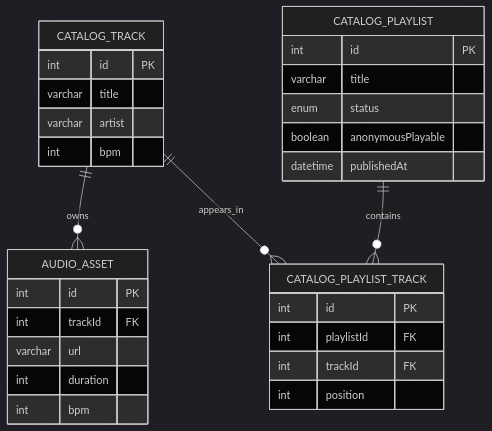
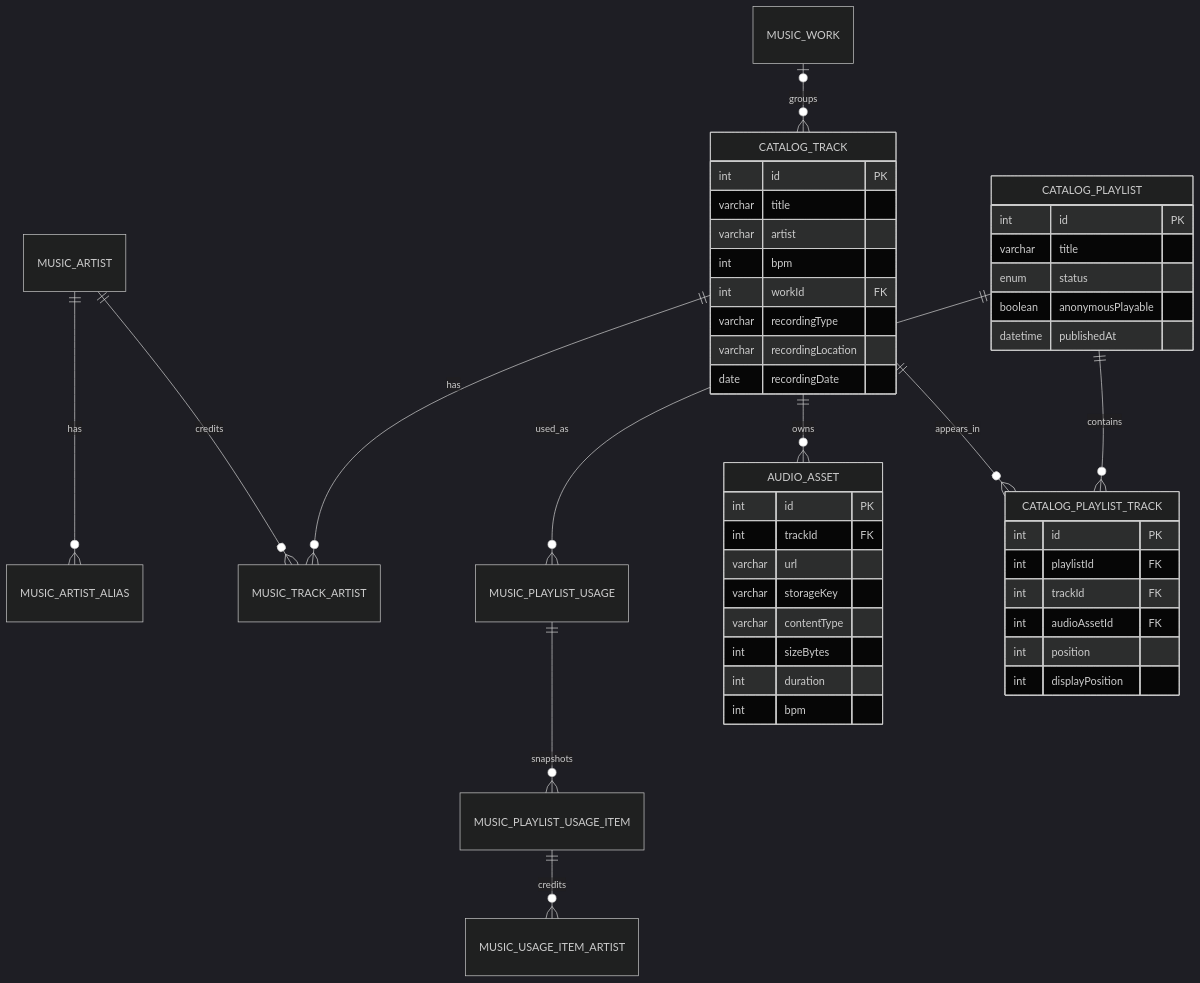
Before and after one commit to jang4292/backend_nestJs: the second of 3 diagrams in docs/music/architecture.kr.md, drawn with Mermaid (dark theme). The commit also changed other lines of this file and 64 other files, not shown here.

Commit message:
docs(music): synchronize catalog and playback guides

````diff
--- a/docs/music/architecture.kr.md
+++ b/docs/music/architecture.kr.md
@@ -26,33 +29,49 @@
 ```mermaid
 erDiagram
+  MUSIC_WORK o|--o{ CATALOG_TRACK : groups
+  MUSIC_ARTIST ||--o{ MUSIC_ARTIST_ALIAS : has
+  MUSIC_ARTIST ||--o{ MUSIC_TRACK_ARTIST : credits
+  CATALOG_TRACK ||--o{ MUSIC_TRACK_ARTIST : has
+  CATALOG_PLAYLIST ||--o{ MUSIC_PLAYLIST_USAGE : used_as
+  MUSIC_PLAYLIST_USAGE ||--o{ MUSIC_PLAYLIST_USAGE_ITEM : snapshots
+  MUSIC_PLAYLIST_USAGE_ITEM ||--o{ MUSIC_USAGE_ITEM_ARTIST : credits
   CATALOG_TRACK ||--o{ AUDIO_ASSET : owns
   CATALOG_TRACK ||--o{ CATALOG_PLAYLIST_TRACK : appears_in
   CATALOG_PLAYLIST ||--o{ CATALOG_PLAYLIST_TRACK : contains
 
   CATALOG_TRACK {
     int id PK
     varchar title
     varchar artist
     int bpm
+    int workId FK
+    varchar recordingType
+    varchar recordingLocation
+    date recordingDate
   }
   AUDIO_ASSET {
     int id PK
     int trackId FK
     varchar url
+    varchar storageKey
+    varchar contentType
+    int sizeBytes
     int duration
     int bpm
   }
   CATALOG_PLAYLIST {
     int id PK
     varchar title
     enum status
     boolean anonymousPlayable
     datetime publishedAt
   }
   CATALOG_PLAYLIST_TRACK {
     int id PK
     int playlistId FK
     int trackId FK
+    int audioAssetId FK
     int position
+    int displayPosition
   }
 ```
````
